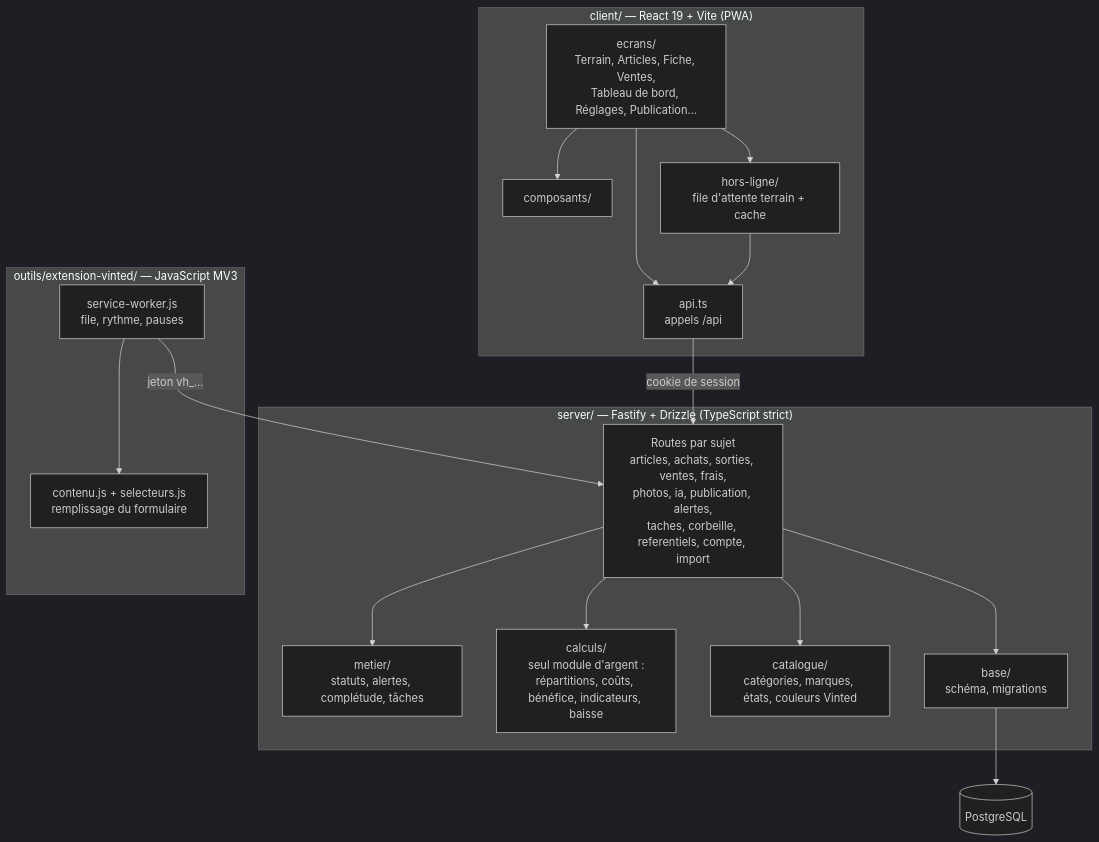
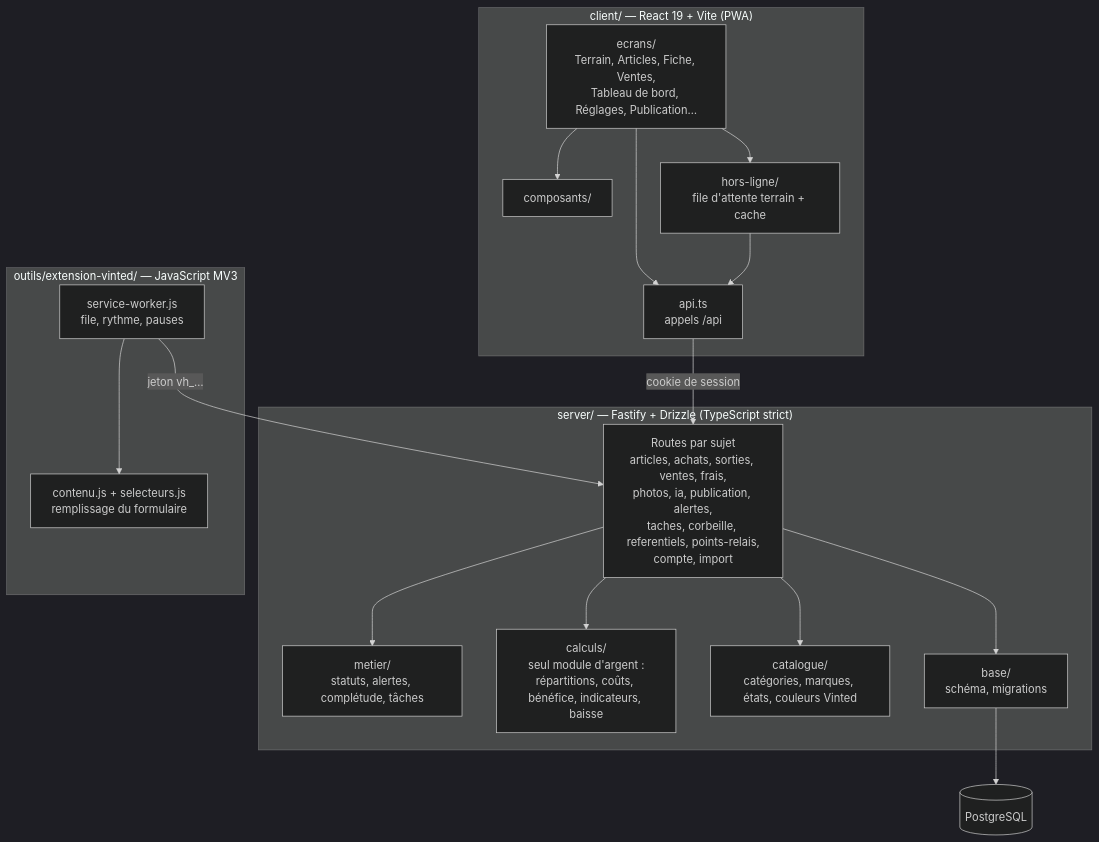
One commit to Plossec/Vinted-Helper changed the second of 3 diagrams in docs/architecture.md. Above: the diagram before and after it, drawn with Mermaid (dark theme). The commit also changed other lines of this file and 6 other files, not shown here.

First line of the commit message:
Documenter les points relais : ADR-0109, cahier des charges, guide (#210)

````diff
--- a/docs/architecture.md
+++ b/docs/architecture.md
@@ -50,35 +50,35 @@
 ```mermaid
 flowchart TB
   subgraph client["client/ — React 19 + Vite (PWA)"]
     ecrans["ecrans/<br/>Terrain, Articles, Fiche, Ventes,<br/>Tableau de bord, Réglages, Publication…"]
     composants["composants/"]
     api["api.ts<br/>appels /api"]
     hl["hors-ligne/<br/>file d'attente terrain + cache"]
     ecrans --> composants
     ecrans --> api
     ecrans --> hl
     hl --> api
   end
 
   subgraph serveur["server/ — Fastify + Drizzle (TypeScript strict)"]
-    routes["Routes par sujet<br/>articles, achats, sorties, ventes, frais,<br/>photos, ia, publication, alertes,<br/>taches, corbeille, referentiels, compte, import"]
+    routes["Routes par sujet<br/>articles, achats, sorties, ventes, frais,<br/>photos, ia, publication, alertes,<br/>taches, corbeille, referentiels, points-relais,<br/>compte, import"]
     metier["metier/<br/>statuts, alertes, complétude, tâches"]
     calculs["calculs/<br/>seul module d'argent :<br/>répartitions, coûts, bénéfice, indicateurs, baisse"]
     catalogue["catalogue/<br/>catégories, marques, états, couleurs Vinted"]
     base["base/<br/>schéma, migrations"]
     routes --> metier
     routes --> calculs
     routes --> catalogue
     routes --> base
   end
 
   subgraph extension["outils/extension-vinted/ — JavaScript MV3"]
     sw["service-worker.js<br/>file, rythme, pauses"]
     contenu["contenu.js + selecteurs.js<br/>remplissage du formulaire"]
     sw --> contenu
   end
 
   api -- "cookie de session" --> routes
   sw -- "jeton vh_…" --> routes
   base --> pg[("PostgreSQL")]
 ```
````
